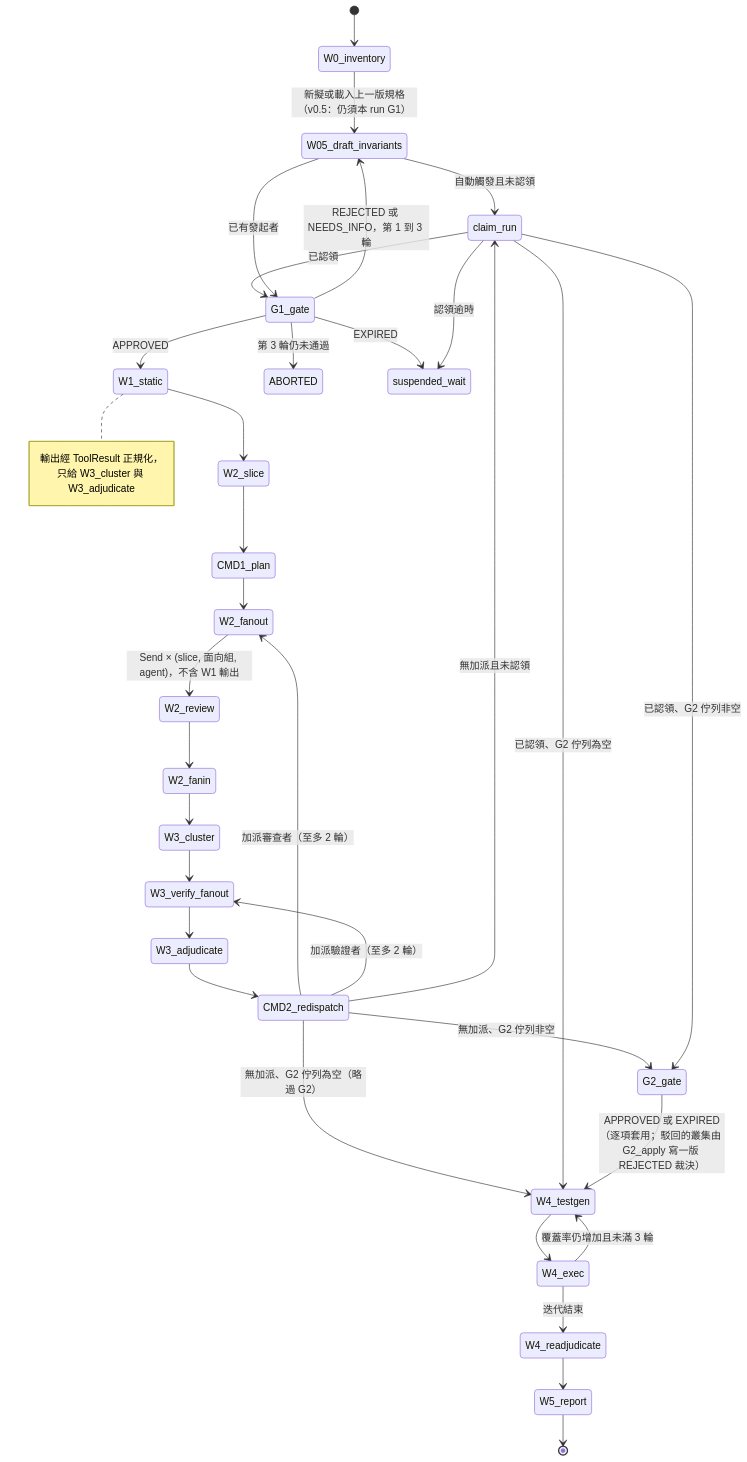
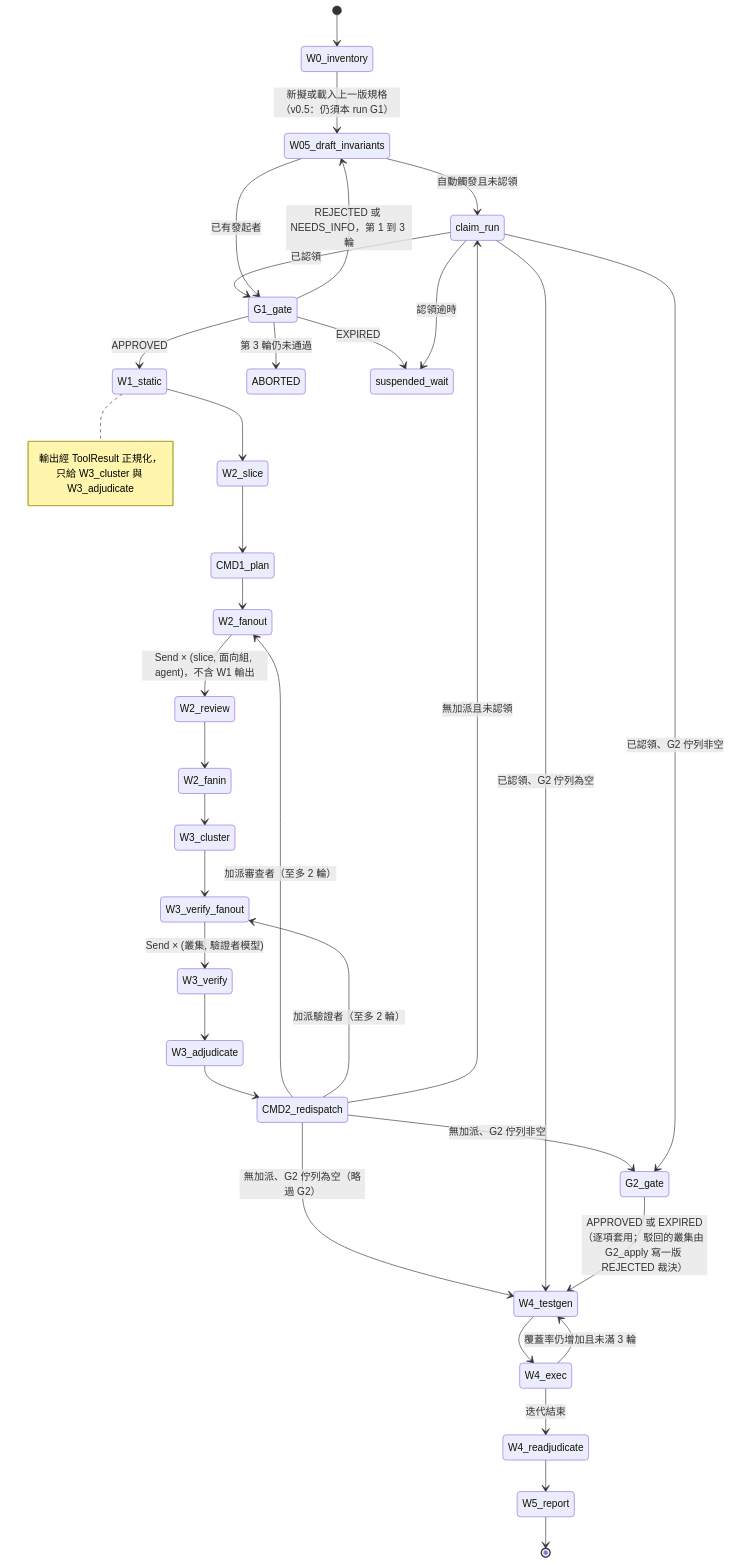
The fourth of 11 diagrams in docs/03-system-architecture.md (chinchiang/VibeCheckHarness), drawn with Mermaid before and after one commit. The commit also changed other lines of this file and 25 other files, not shown here.

````diff
--- a/docs/03-system-architecture.md
+++ b/docs/03-system-architecture.md
@@ -583,36 +583,37 @@
 ```mermaid
 stateDiagram-v2
   [*] --> W0_inventory
   W0_inventory --> W05_draft_invariants: 新擬或載入上一版規格（v0.5：仍須本 run G1）
   W05_draft_invariants --> claim_run: 自動觸發且未認領
   claim_run --> G1_gate: 已認領
   W05_draft_invariants --> G1_gate: 已有發起者
   G1_gate --> W1_static: APPROVED
   G1_gate --> W05_draft_invariants: REJECTED 或 NEEDS_INFO，第 1 到 3 輪
   G1_gate --> ABORTED: 第 3 輪仍未通過
   G1_gate --> suspended_wait: EXPIRED
   W1_static --> W2_slice
   note right of W1_static : 輸出經 ToolResult 正規化，只給 W3_cluster 與 W3_adjudicate
   W2_slice --> CMD1_plan
   CMD1_plan --> W2_fanout
   W2_fanout --> W2_review: Send × (slice, 面向組, agent)，不含 W1 輸出
   W2_review --> W2_fanin
   W2_fanin --> W3_cluster
   W3_cluster --> W3_verify_fanout
-  W3_verify_fanout --> W3_adjudicate
+  W3_verify_fanout --> W3_verify: Send × (叢集, 驗證者模型)
+  W3_verify --> W3_adjudicate
   W3_adjudicate --> CMD2_redispatch
   CMD2_redispatch --> W2_fanout: 加派審查者（至多 2 輪）
   CMD2_redispatch --> W3_verify_fanout: 加派驗證者（至多 2 輪）
   CMD2_redispatch --> claim_run: 無加派且未認領
   CMD2_redispatch --> G2_gate: 無加派、G2 佇列非空
   CMD2_redispatch --> W4_testgen: 無加派、G2 佇列為空（略過 G2）
   claim_run --> G2_gate: 已認領、G2 佇列非空
   claim_run --> W4_testgen: 已認領、G2 佇列為空
   claim_run --> suspended_wait: 認領逾時
   G2_gate --> W4_testgen: APPROVED 或 EXPIRED（逐項套用；駁回的叢集由 G2_apply 寫一版 REJECTED 裁決）
   W4_testgen --> W4_exec
   W4_exec --> W4_testgen: 覆蓋率仍增加且未滿 3 輪
   W4_exec --> W4_readjudicate: 迭代結束
   W4_readjudicate --> W5_report
   W5_report --> [*]
 ```
````
